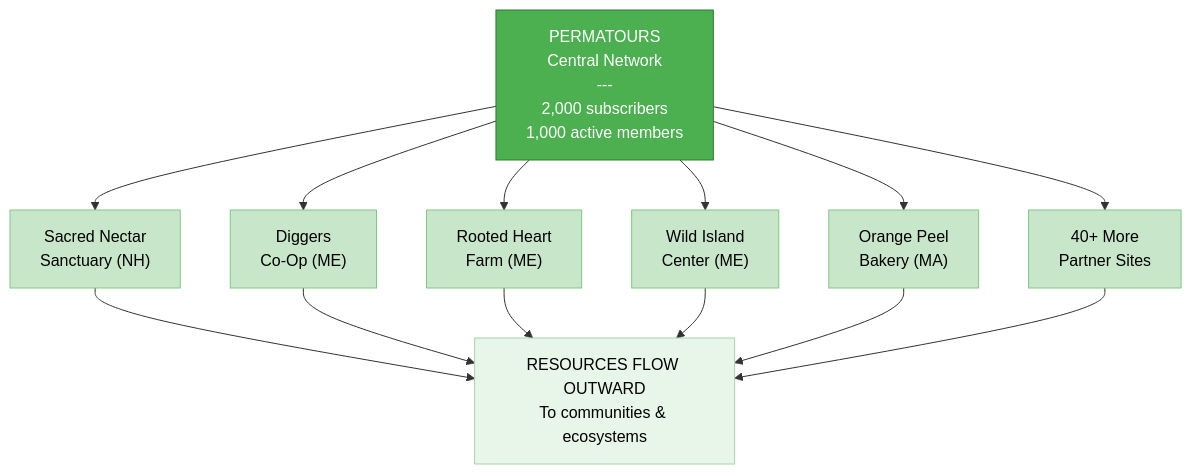
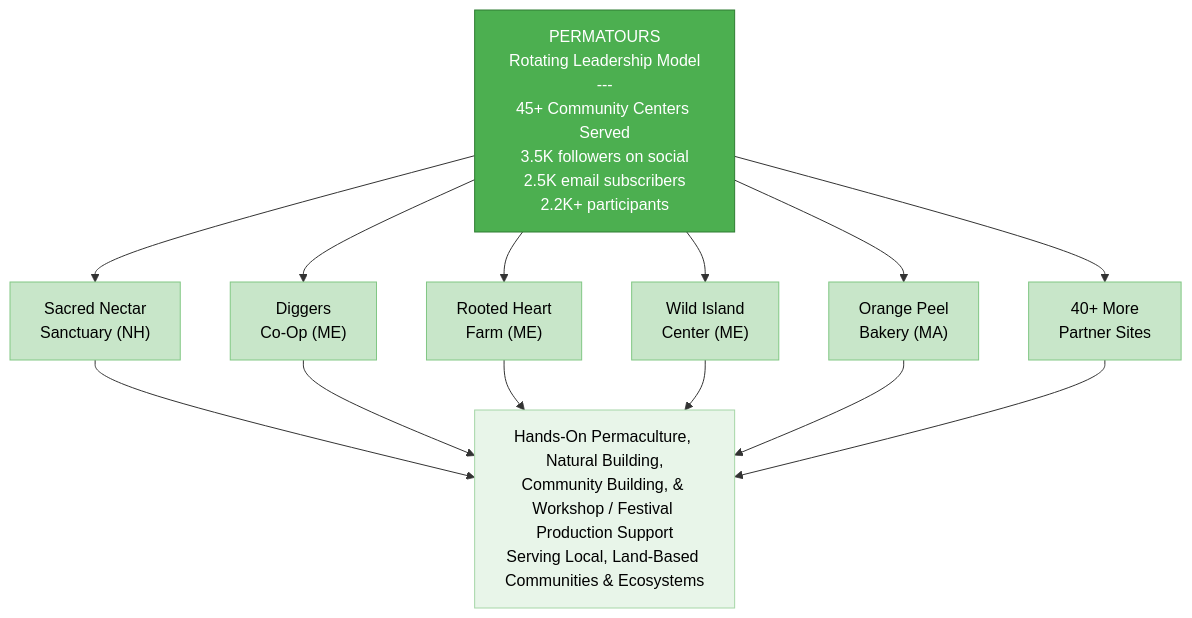
The first of 4 diagrams in permatours/EXECUTIVE-SUMMARY.md (Light-Brands/sydney), drawn with Mermaid before and after one commit. The commit also changed other lines of this file, not shown here.

First line of the commit message:
Update Permatours Executive Summary with current data and expanded sections

````diff
--- a/permatours/EXECUTIVE-SUMMARY.md
+++ b/permatours/EXECUTIVE-SUMMARY.md
@@ -26,22 +28,22 @@
 ```mermaid
 flowchart TD
-    PT["PERMATOURS<br/>Central Network<br/>---<br/>2,000 subscribers<br/>1,000 active members"]
+    PT["PERMATOURS<br/>Rotating Leadership Model<br/>---<br/>45+ Community Centers Served<br/>3.5K followers on social<br/>2.5K email subscribers<br/>2.2K+ participants"]
 
     PT --> H1["Sacred Nectar<br/>Sanctuary (NH)"]
     PT --> H2["Diggers<br/>Co-Op (ME)"]
     PT --> H3["Rooted Heart<br/>Farm (ME)"]
     PT --> H4["Wild Island<br/>Center (ME)"]
     PT --> H5["Orange Peel<br/>Bakery (MA)"]
     PT --> H6["40+ More<br/>Partner Sites"]
 
-    H1 & H2 & H3 & H4 & H5 & H6 --> OUT["RESOURCES FLOW OUTWARD<br/>To communities & ecosystems"]
+    H1 & H2 & H3 & H4 & H5 & H6 --> OUT["Hands-On Permaculture, Natural Building,<br/>Community Building, & Workshop / Festival Production Support<br/>Serving Local, Land-Based Communities & Ecosystems"]
 
     style PT fill:#4CAF50,stroke:#2E7D32,color:#fff
     style H1 fill:#C8E6C9,stroke:#81C784,color:#000
     style H2 fill:#C8E6C9,stroke:#81C784,color:#000
     style H3 fill:#C8E6C9,stroke:#81C784,color:#000
     style H4 fill:#C8E6C9,stroke:#81C784,color:#000
     style H5 fill:#C8E6C9,stroke:#81C784,color:#000
     style H6 fill:#C8E6C9,stroke:#81C784,color:#000
     style OUT fill:#E8F5E9,stroke:#A5D6A7,color:#000
 ```
````
